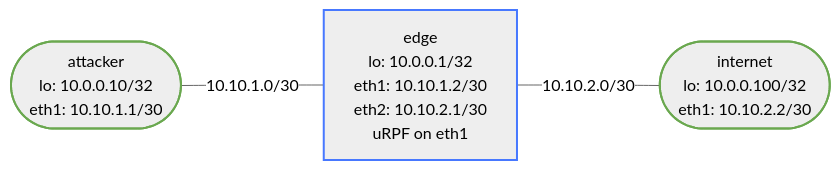
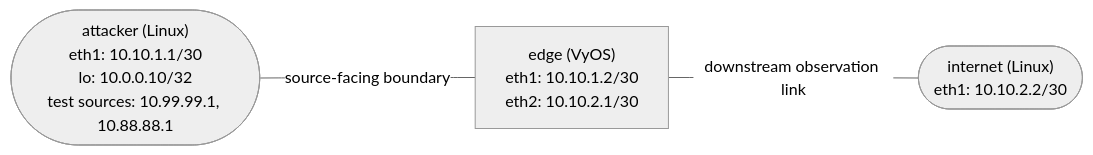
One commit to jschless/networkingLabs changed the diagram in labs/urpf-antispoofing/README.md. Above: the diagram before and after it, drawn with Mermaid (neutral theme). The commit also changed other lines of this file and 198 other files, not shown here.

````diff
--- a/labs/urpf-antispoofing/README.md
+++ b/labs/urpf-antispoofing/README.md
@@ -53,15 +21,9 @@
 ```mermaid
 flowchart LR
-    attacker(["attacker<br/>lo: 10.0.0.10/32<br/>eth1: 10.10.1.1/30"])
-    edge["edge<br/>lo: 10.0.0.1/32<br/>eth1: 10.10.1.2/30<br/>eth2: 10.10.2.1/30<br/>uRPF on eth1"]
-    internet(["internet<br/>lo: 10.0.0.100/32<br/>eth1: 10.10.2.2/30"])
+    attacker(["attacker (Linux)<br/>eth1: 10.10.1.1/30<br/>lo: 10.0.0.10/32<br/>test sources: 10.99.99.1, 10.88.88.1"])
+    edge["edge (VyOS)<br/>eth1: 10.10.1.2/30<br/>eth2: 10.10.2.1/30"]
+    internet(["internet (Linux)<br/>eth1: 10.10.2.2/30"])
 
-    attacker -- "10.10.1.0/30" --- edge
-    edge -- "10.10.2.0/30" --- internet
-
-    classDef router stroke:#4778ff,stroke-width:2px
-    classDef host stroke:#6aa84f,stroke-width:2px
-
-    class edge router
-    class attacker,internet host
+    attacker ---|"source-facing boundary"| edge
+    edge ---|"downstream observation link"| internet
 ```
````
